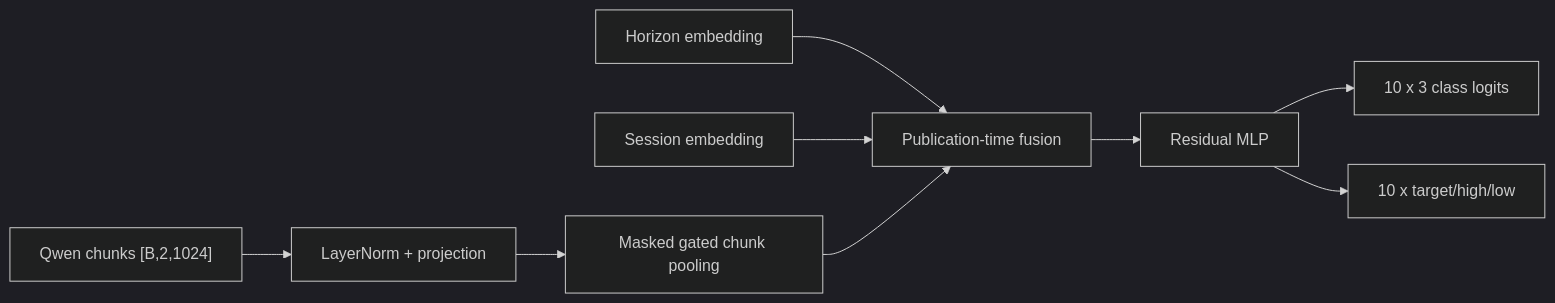
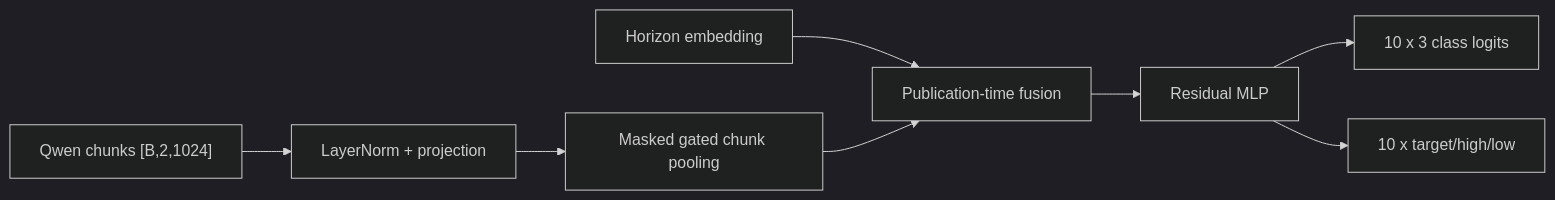
Before and after one commit to farajimhd/quant-research-workbench: the diagram in research/news_reaction_model/v1/README.md, drawn with Mermaid (dark theme). The commit also changed 8 other files, not shown here.

````diff
--- a/research/news_reaction_model/v1/README.md
+++ b/research/news_reaction_model/v1/README.md
@@ -52,11 +52,10 @@
 ```mermaid
 flowchart LR
   chunks["Qwen chunks [B,2,1024]"] --> projection["LayerNorm + projection"]
   projection --> pooling["Masked gated chunk pooling"]
   horizon["Horizon embedding"] --> fusion["Publication-time fusion"]
-  session["Session embedding"] --> fusion
   pooling --> fusion
   fusion --> encoder["Residual MLP"]
   encoder --> classes["10 x 3 class logits"]
   encoder --> returns["10 x target/high/low"]
 ```
````
